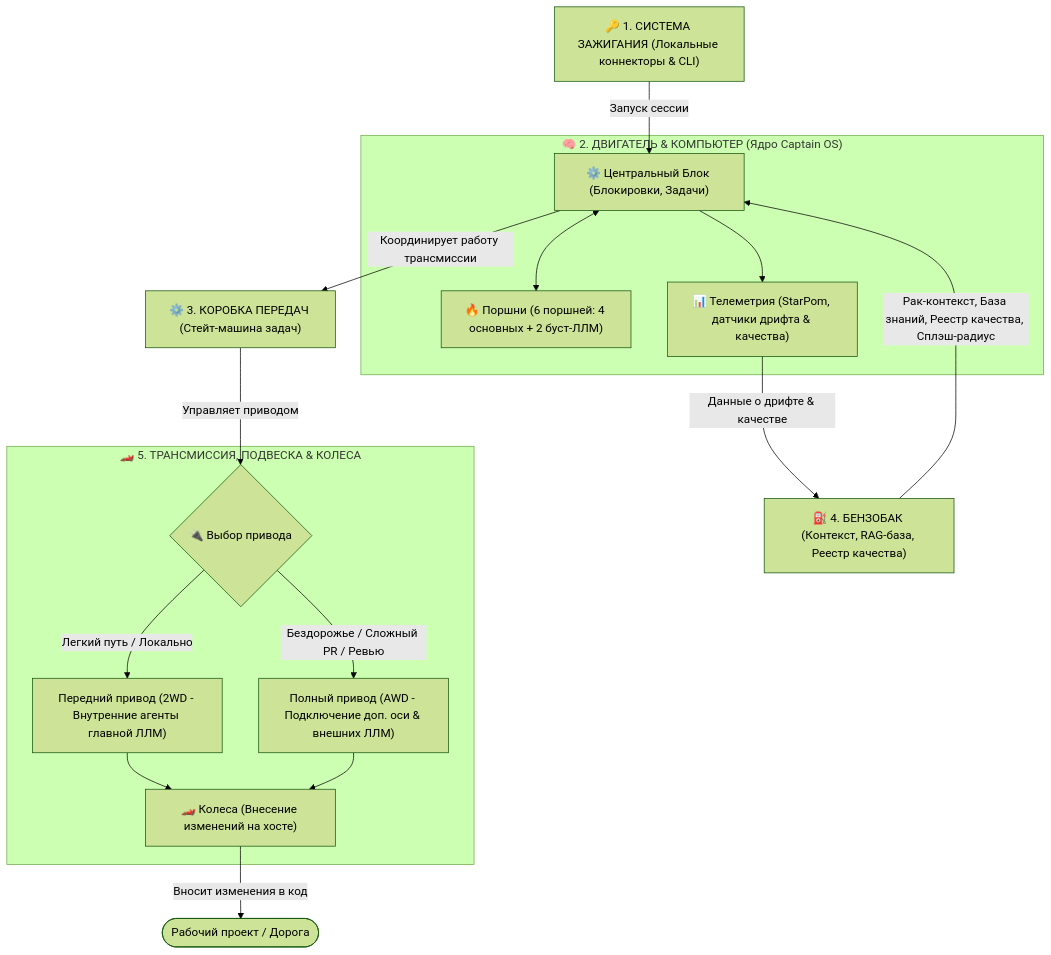
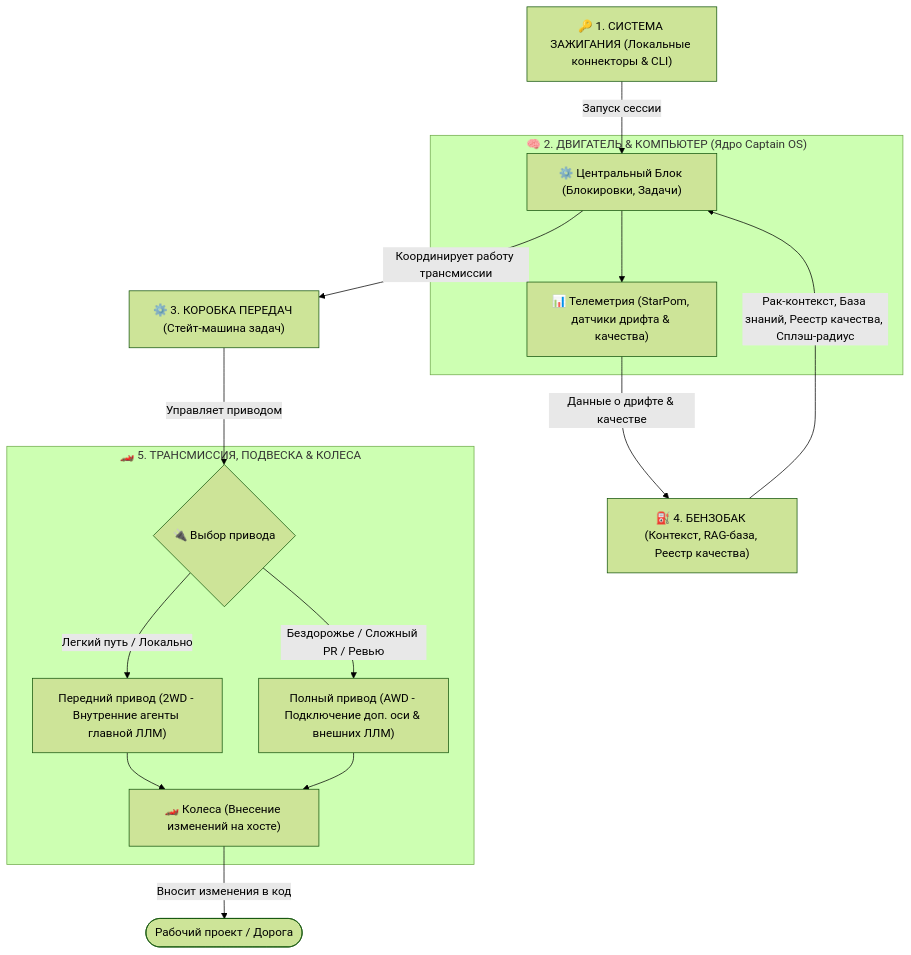
Before and after one commit to anton-remide/captain-os: the first of 2 diagrams in README.md, drawn with Mermaid (forest theme). The commit also changed other lines of this file, not shown here.

Commit message:
docs(readme): remove duplicate LLM pistons concept and streamline automotive drivetrain analogy

````diff
--- a/README.md
+++ b/README.md
@@ -12,40 +12,38 @@
 ```mermaid
 graph TD
     Ignition["🔑 1. СИСТЕМА ЗАЖИГАНИЯ (Локальные коннекторы & CLI)"]
     
     subgraph EngineBlock["🧠 2. ДВИГАТЕЛЬ & КОМПЬЮТЕР (Ядро Captain OS)"]
         Engine["⚙️ Центральный Блок (Блокировки, Задачи)"]
-        Pistons["🔥 Поршни (6 поршней: 4 основных + 2 буст-ЛЛМ)"]
         Telemetry["📊 Телеметрия (StarPom, датчики дрифта & качества)"]
-        Engine <--> Pistons
         Engine --> Telemetry
     end
     
     Gearbox["⚙️ 3. КОРОБКА ПЕРЕДАЧ (Стейт-машина задач)"]
     Tank["⛽ 4. БЕНЗОБАК (Контекст, RAG-база, Реестр качества)"]
     
     subgraph DriveTrain["🏎️ 5. ТРАНСМИССИЯ, ПОДВЕСКА & КОЛЕСА"]
         DriveMode{"🔌 Выбор привода"}
         2WD["Передний привод (2WD - Внутренние агенты главной ЛЛМ)"]
         AWD["Полный привод (AWD - Подключение доп. оси & внешних ЛЛМ)"]
         Wheels["🏎️ Колеса (Внесение изменений на хосте)"]
         
         DriveMode -->|Легкий путь / Локально| 2WD
         DriveMode -->|Бездорожье / Сложный PR / Ревью| AWD
         2WD --> Wheels
         AWD --> Wheels
     end
 
     Ignition -->|Запуск сессии| Engine
     
     %% Потоки из бензобака в двигатель (топливо, параметры и реестр)
     Tank -->|Рак-контекст, База знаний, Реестр качества, Сплэш-радиус| Engine
     
     %% Сигналы телеметрии обратно к приборам
     Telemetry -->|Данные о дрифте & качестве| Tank
     
     %% Передача усилия на коробку и далее колеса
     Engine -->|Координирует работу трансмиссии| Gearbox
     Gearbox -->|Управляет приводом| DriveMode
     Wheels -->|Вносит изменения в код| Road(["Рабочий проект / Дорога"])
 ```
````
